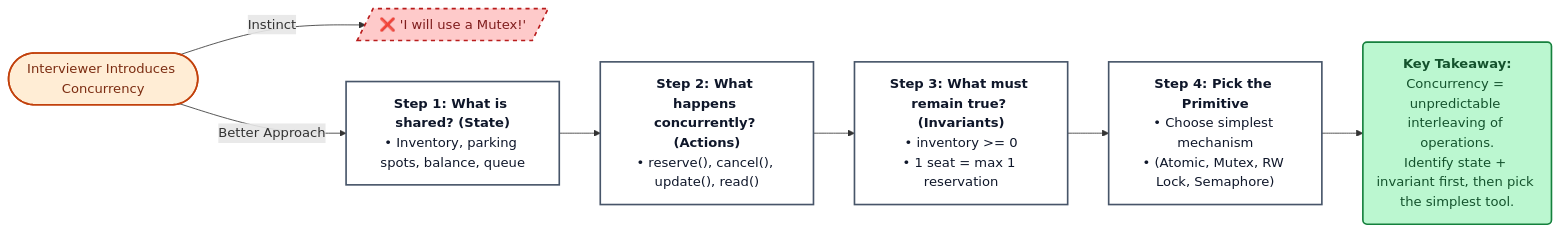
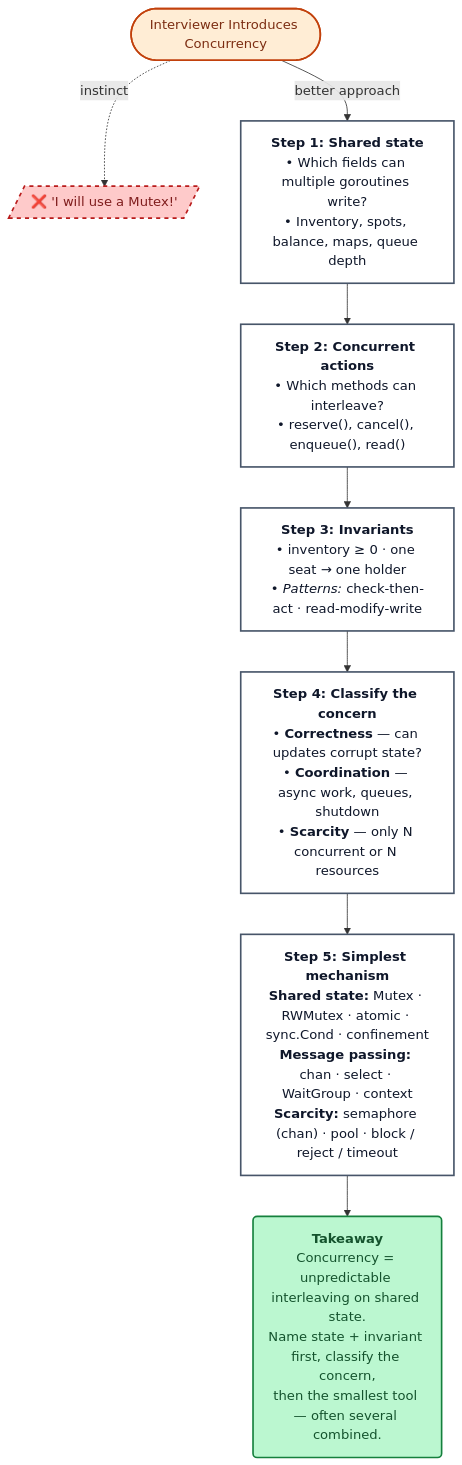
Before and after one commit to gauxs/lld: the diagram in docs/learn/concurrency/06-interview_approach.md, drawn with Mermaid. The commit also changed other lines of this file and 1 other file, not shown here.

Commit message:
Correctness done

````diff
--- a/docs/learn/concurrency/06-interview_approach.md
+++ b/docs/learn/concurrency/06-interview_approach.md
@@ -12,27 +12,24 @@
 ```mermaid
-graph LR
-    %% Setup the entry point
+graph TB
     Start([Interviewer Introduces Concurrency])
-    
-    %% The Trap / Wrong Path
-    Start -->|Instinct | Trap[/"❌ 'I will use a Mutex!'"/]
+
+    Start -.->|instinct| Trap[/"❌ 'I will use a Mutex!'"/]
     style Trap fill:#fecaca,stroke:#b91c1c,stroke-width:2px,color:#7f1d1d,stroke-dasharray: 5 5
-    
-    %% The Right Path
-    Start -->|Better Approach| Step1
-    
-    Step1["<strong>Step 1: What is shared? (State)</strong><br>• Inventory, parking spots, balance, queue"]
-    --> Step2["<strong>Step 2: What happens concurrently? (Actions)</strong><br>• reserve(), cancel(), update(), read()"]
-    --> Step3["<strong>Step 3: What must remain true? (Invariants)</strong><br>• inventory >= 0<br>• 1 seat = max 1 reservation"]
-    --> Step4["<strong>Step 4: Pick the Primitive</strong><br>• Choose simplest mechanism<br>• (Atomic, Mutex, RW Lock, Semaphore)"]
-    --> Takeaway("<strong>Key Takeaway:</strong><br>Concurrency = unpredictable interleaving of operations.<br>Identify state + invariant first, then pick the simplest tool.")
 
-    %% Styling for paths (explicit text color — readable in light & dark site themes)
+    Start -->|better approach| S1
+
+    S1["<strong>Step 1: Shared state</strong><br>• Which fields can multiple goroutines write?<br>• Inventory, spots, balance, maps, queue depth"]
+    --> S2["<strong>Step 2: Concurrent actions</strong><br>• Which methods can interleave?<br>• reserve(), cancel(), enqueue(), read()"]
+    --> S3["<strong>Step 3: Invariants</strong><br>• inventory ≥ 0 · one seat → one holder<br>• <em>Patterns:</em> check-then-act · read-modify-write"]
+    --> S4["<strong>Step 4: Classify the concern</strong><br>• <b>Correctness</b> — can updates corrupt state?<br>• <b>Coordination</b> — async work, queues, shutdown<br>• <b>Scarcity</b> — only N concurrent or N resources"]
+    --> S5["<strong>Step 5: Simplest mechanism</strong><br><b>Shared state:</b> Mutex · RWMutex · atomic · sync.Cond · confinement<br><b>Message passing:</b> chan · select · WaitGroup · context<br><b>Scarcity:</b> semaphore (chan) · pool · block / reject / timeout"]
+    --> Takeaway("<strong>Takeaway</strong><br>Concurrency = unpredictable interleaving on shared state.<br>Name state + invariant first, classify the concern,<br>then the smallest tool — often several combined.")
+
     style Start fill:#ffedd5,stroke:#c2410c,stroke-width:2px,color:#7c2d12
-    style Step1 fill:#ffffff,stroke:#475569,stroke-width:2px,color:#0f172a
-    style Step2 fill:#ffffff,stroke:#475569,stroke-width:2px,color:#0f172a
-    style Step3 fill:#ffffff,stroke:#475569,stroke-width:2px,color:#0f172a
-    style Step4 fill:#ffffff,stroke:#475569,stroke-width:2px,color:#0f172a
+    style S1 fill:#ffffff,stroke:#475569,stroke-width:2px,color:#0f172a
+    style S2 fill:#ffffff,stroke:#475569,stroke-width:2px,color:#0f172a
+    style S3 fill:#ffffff,stroke:#475569,stroke-width:2px,color:#0f172a
+    style S4 fill:#ffffff,stroke:#475569,stroke-width:2px,color:#0f172a
+    style S5 fill:#ffffff,stroke:#475569,stroke-width:2px,color:#0f172a
     style Takeaway fill:#bbf7d0,stroke:#15803d,stroke-width:2px,color:#14532d
-
 ```
````
